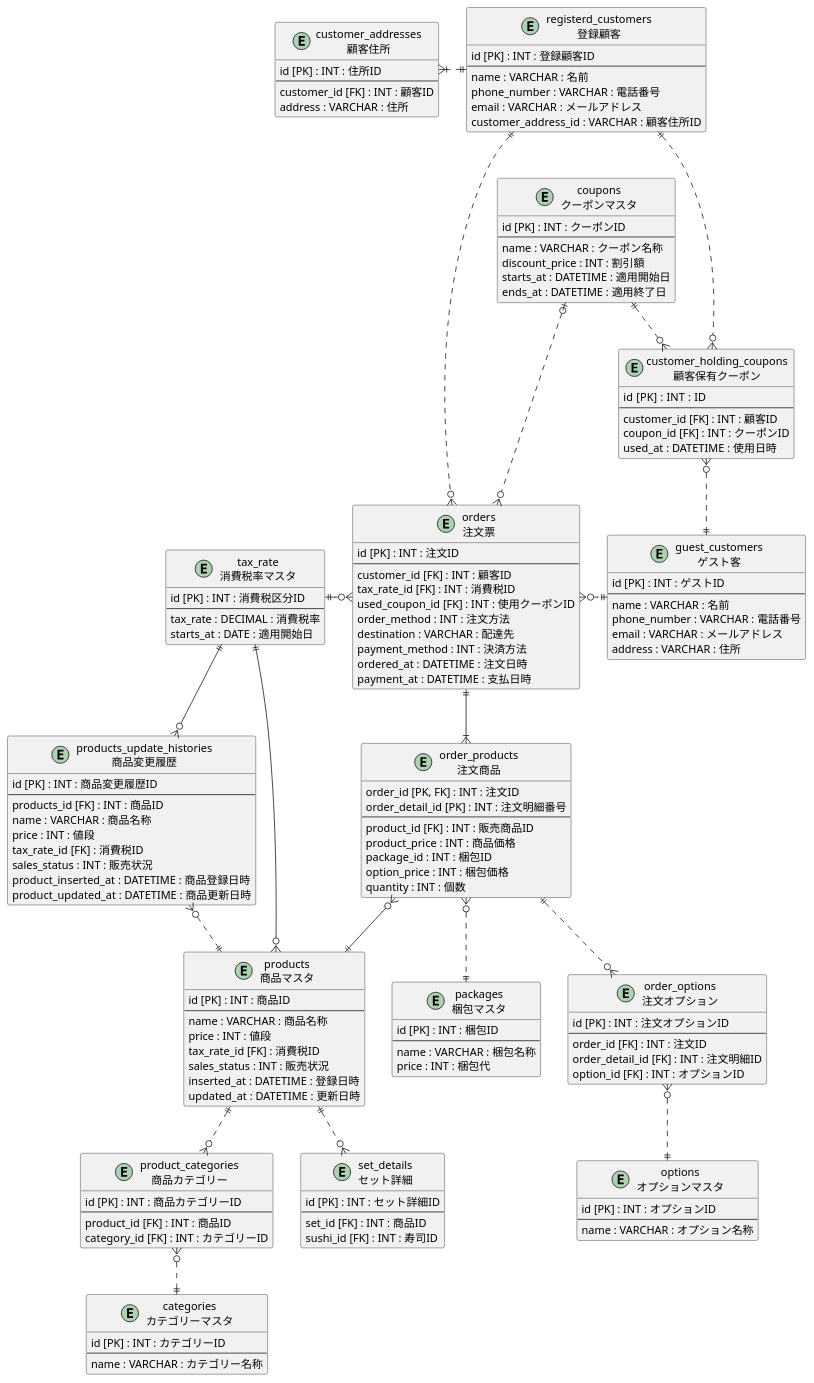
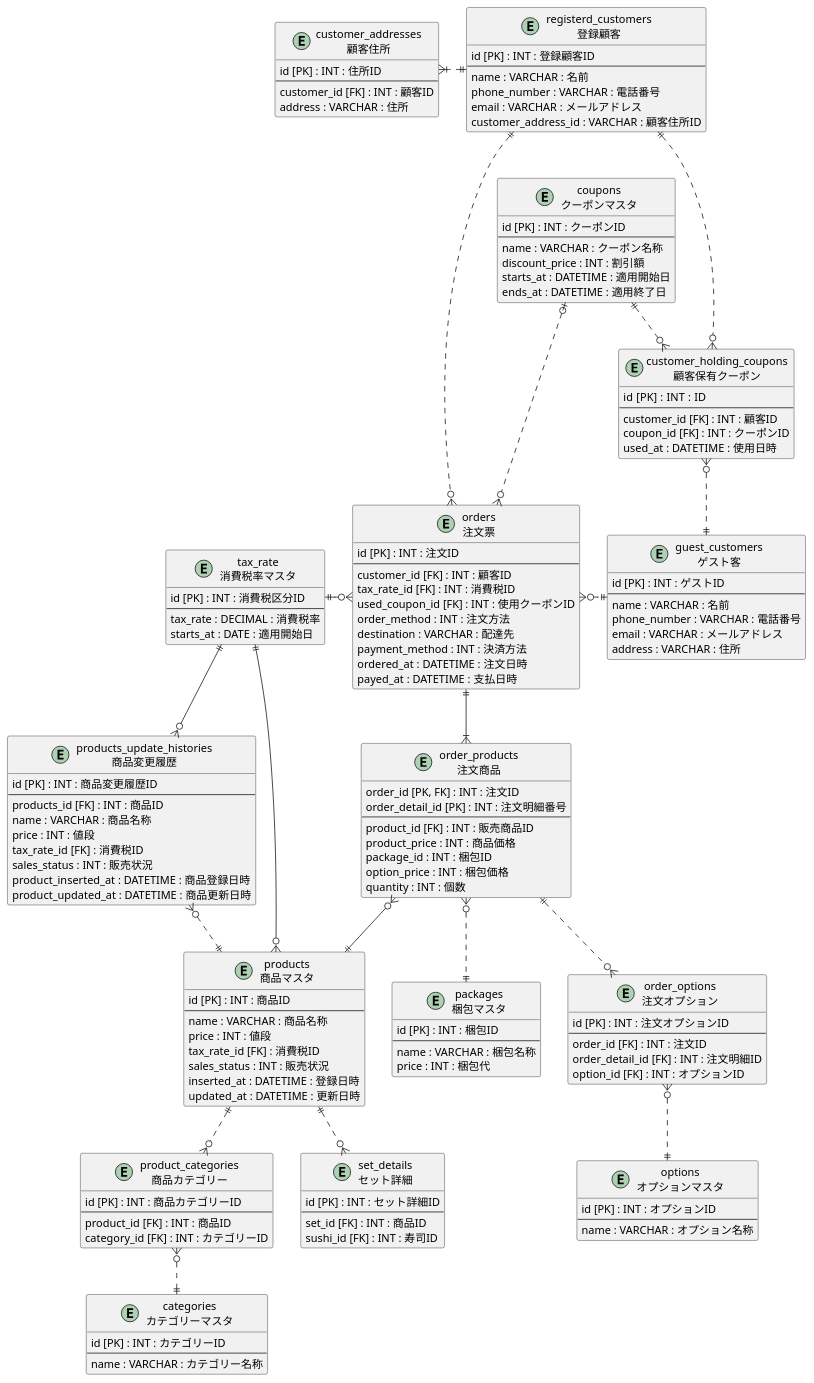
The diagram in I84PdeRyF2ApGF/db_modeling01/task_03/db_modeling03.pu (praha-inc/praha-challenge-7), drawn with PlantUML before and after one commit.

Commit message:
[Fix] er-diagram payment_at

```diff
--- a/I84PdeRyF2ApGF/db_modeling01/task_03/db_modeling03.pu
+++ b/I84PdeRyF2ApGF/db_modeling01/task_03/db_modeling03.pu
@@ -1,174 +1,174 @@
 @startuml dbModeling1
     Entity "tax_rate\n消費税率マスタ" as tax_rate{
         id [PK] : INT : 消費税区分ID
         --
         tax_rate : DECIMAL : 消費税率
         starts_at : DATE : 適用開始日
     }
 
     Entity "guest_customers\nゲスト客" as f_c {
         id [PK] : INT : ゲストID
         --
         name : VARCHAR : 名前
         phone_number : VARCHAR : 電話番号
         email : VARCHAR : メールアドレス
         address : VARCHAR : 住所
     }
 
     Entity "customer_addresses\n顧客住所" as c_a{
         id [PK] : INT : 住所ID
         --
         customer_id [FK] : INT : 顧客ID
         address : VARCHAR : 住所 
     }
     
     Entity "registerd_customers\n登録顧客" as r_c{
         id [PK] : INT : 登録顧客ID
         --
         name : VARCHAR : 名前
         phone_number : VARCHAR : 電話番号
         email : VARCHAR : メールアドレス
         customer_address_id : VARCHAR : 顧客住所ID
     }
 
     Entity "customer_holding_coupons\n顧客保有クーポン" as c_h_c{
         id [PK] : INT :  ID
         --
         customer_id [FK] : INT : 顧客ID
         coupon_id [FK] : INT : クーポンID
         used_at : DATETIME : 使用日時
     }
 
     Entity "coupons\nクーポンマスタ" as c_m{
         id [PK] : INT : クーポンID
         --
         name : VARCHAR : クーポン名称
         discount_price : INT : 割引額
         starts_at : DATETIME : 適用開始日
         ends_at : DATETIME : 適用終了日
     }
 
     Entity "orders\n注文票" as orders {
         id [PK] : INT : 注文ID
         --
         customer_id [FK] : INT : 顧客ID
         tax_rate_id [FK] : INT : 消費税ID
         used_coupon_id [FK] : INT : 使用クーポンID
         order_method : INT : 注文方法
         destination : VARCHAR : 配達先
         payment_method : INT : 決済方法
         ordered_at : DATETIME : 注文日時
-        payment_at : DATETIME : 支払日時
+        payed_at : DATETIME : 支払日時
     }
 
     Entity "order_products\n注文商品" as order_details {
         order_id [PK, FK] : INT : 注文ID 
         order_detail_id [PK] : INT : 注文明細番号 
         --
         product_id [FK] : INT : 販売商品ID
         product_price : INT : 商品価格
         package_id : INT : 梱包ID 
         option_price : INT : 梱包価格
         quantity : INT : 個数
     }
 
     Entity "order_options\n注文オプション" as options {
         id [PK] : INT : 注文オプションID
         --
         order_id [FK] : INT : 注文ID
         order_detail_id [FK] : INT : 注文明細ID
         option_id [FK] : INT : オプションID
     }
 
     Entity "options\nオプションマスタ" as om{
         id [PK] : INT : オプションID
         --
         name : VARCHAR : オプション名称
     }
 
     Entity "packages\n梱包マスタ" as p_o{
         id [PK] : INT : 梱包ID
         --
         name : VARCHAR : 梱包名称
         price : INT : 梱包代
     }
 
     Entity "products\n商品マスタ" as s_p{
         id [PK] : INT : 商品ID
         --
         name : VARCHAR : 商品名称
         price : INT : 値段
         tax_rate_id [FK] : 消費税ID
         sales_status : INT : 販売状況
         inserted_at : DATETIME : 登録日時
         updated_at : DATETIME : 更新日時
     }
 
     Entity "products_update_histories\n商品変更履歴" as p_h {
         id [PK] : INT : 商品変更履歴ID
         --
         products_id [FK] : INT : 商品ID
         name : VARCHAR : 商品名称
         price : INT : 値段
         tax_rate_id [FK] : 消費税ID
         sales_status : INT : 販売状況
         product_inserted_at : DATETIME : 商品登録日時
         product_updated_at : DATETIME : 商品更新日時
     }
 
     Entity "set_details\nセット詳細" as s_d{
         id [PK] : INT : セット詳細ID
         --
         set_id [FK] : INT : 商品ID
         sushi_id [FK] : INT : 寿司ID
     }
 
     Entity "categories\nカテゴリーマスタ" as c {
         id [PK] : INT : カテゴリーID
         --
         name : VARCHAR : カテゴリー名称
     }
 
     Entity "product_categories\n商品カテゴリー" as pc {
         id [PK] : INT : 商品カテゴリーID
         --
         product_id [FK] : INT : 商品ID
         category_id [FK] : INT : カテゴリーID
     }
 
     orders }o..r..|| f_c
     r_c ||....o{ orders
     orders ||-d-|{ order_details
     orders }o-l-|| tax_rate
     order_details }o--|| s_p
     tax_rate ||--o{ s_p
     tax_rate ||--o{ p_h
     s_p ||..o{ pc
     pc }o..|| c
     s_p ||..o{ s_d
     order_details ||..o{ options
     options }o..|| om
     s_p ||..l..o{ p_h 
     order_details }o..|| p_o
     ' p_o ||..o{ p_o_h
     r_c ||..o{ c_h_c
     c_h_c }o..|| f_c
     c_m ||..o{ c_h_c
     c_m |o..o{orders
     c_a }|.r.|| r_c
 
 
     ' * 主キー
     ' + 外部キー
     ' カラム名 : 型 : 説明
 
     ' 1対０また1
     ' A ||--o| B
     ' 1対1
     ' A ||--|| B
     ' 1対0以上
     ' A ||--o{ B
     ' 1対1以上
     ' A ||--|{ B
 
 @enduml
```
